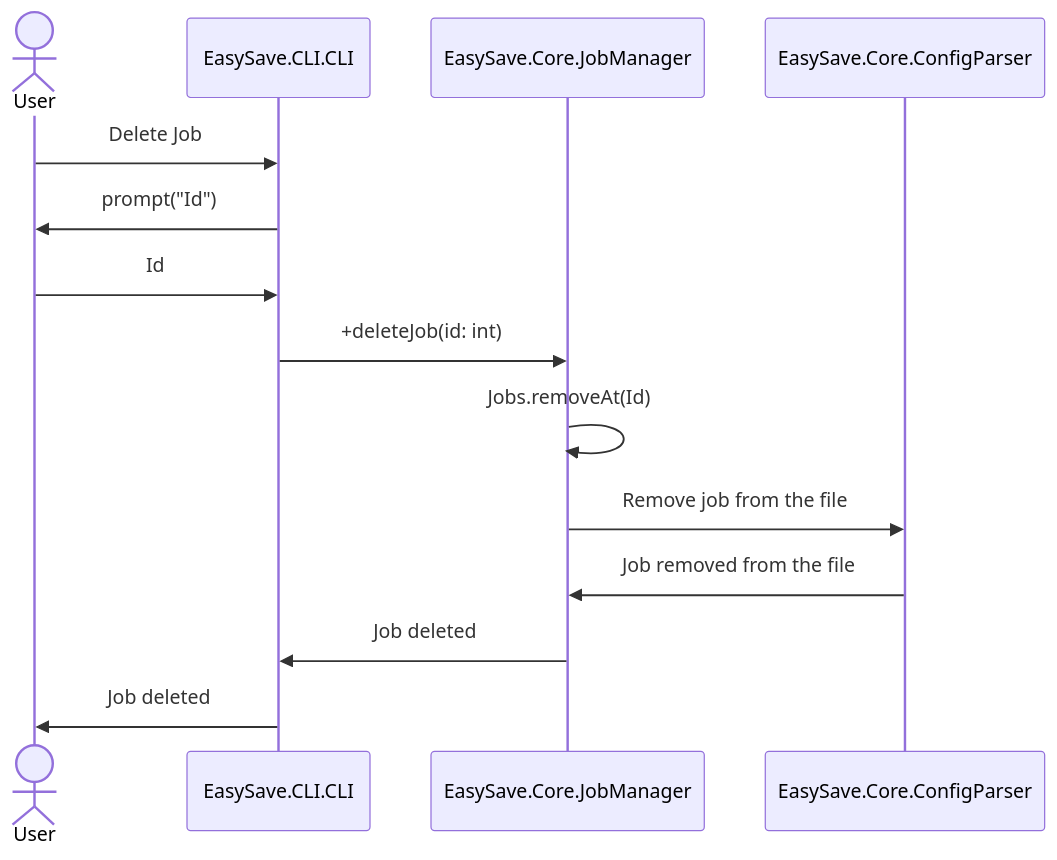
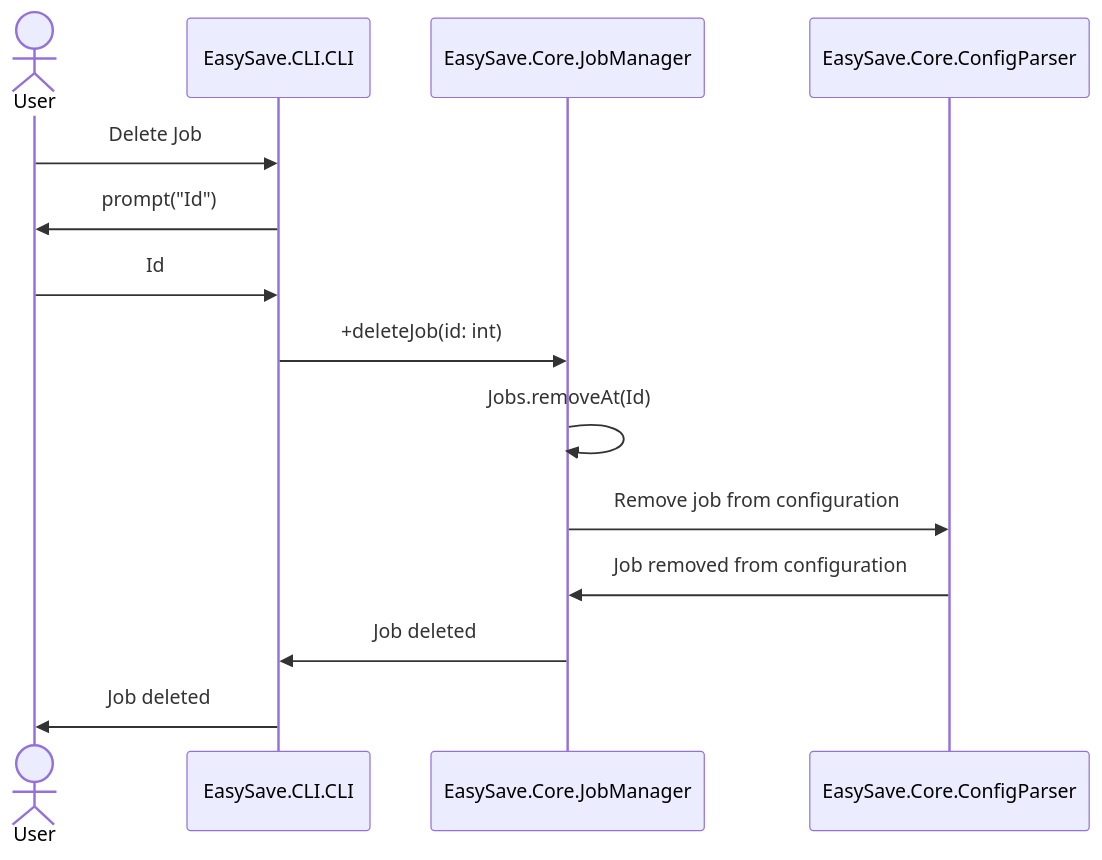
Before and after one commit to louisdrouhin/EasySave: the fourth of 5 diagrams in Modelisation.md, drawn with Mermaid. The commit also changed other lines of this file and 1 other file, not shown here.

Commit message:
docs(UML): add use case diagram and translate french to english

````diff
--- a/Modelisation.md
+++ b/Modelisation.md
@@ -189,17 +194,17 @@
 ```mermaid
 sequenceDiagram
     actor User as User
     participant CLI as EasySave.CLI.CLI
     participant JobMgr as EasySave.Core.JobManager
     participant Config as EasySave.Core.ConfigParser
 
     User->>CLI: Delete Job
     CLI->>User: prompt("Id")
     User->>CLI: Id
     CLI->>JobMgr: +deleteJob(id: int)
     JobMgr->>JobMgr: Jobs.removeAt(Id)
-    JobMgr->>Config: Remove job from the file
-    Config->>JobMgr: Job removed from the file
+    JobMgr->>Config: Remove job from configuration
+    Config->>JobMgr: Job removed from configuration
     JobMgr->>CLI: Job deleted
     CLI->>User: Job deleted
 ```
````
